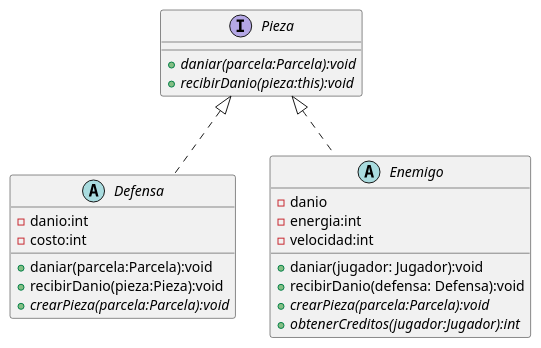
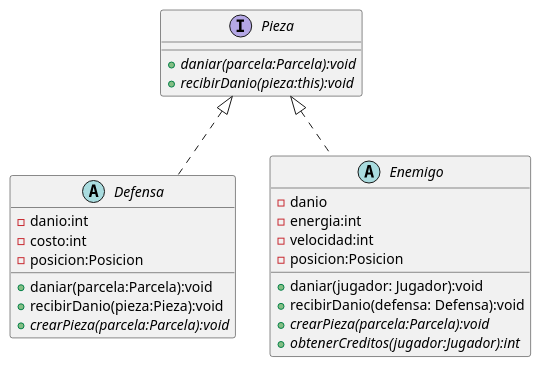
Before and after one commit to lucas96will/algo3_tp2_fiuba: the diagram in diagrams/classes/v2/pieza.plantuml, drawn with PlantUML. The commit also changed 24 other files, not shown here.

```diff
--- a/diagrams/classes/v2/pieza.plantuml
+++ b/diagrams/classes/v2/pieza.plantuml
@@ -1,27 +1,29 @@
 @startuml
 interface Pieza {
     {abstract}+daniar(parcela:Parcela):void
     {abstract}+recibirDanio(pieza:this):void
 }
 
 abstract Defensa {
     -danio:int
     -costo:int
+    -posicion:Posicion
     +daniar(parcela:Parcela):void
     +recibirDanio(pieza:Pieza):void
     {abstract}+crearPieza(parcela:Parcela):void
 }
 
 abstract Enemigo {
     -danio
     -energia:int
     -velocidad:int
+    -posicion:Posicion
     +daniar(jugador: Jugador):void
     +recibirDanio(defensa: Defensa):void
     {abstract}+crearPieza(parcela:Parcela):void
     {abstract}+obtenerCreditos(jugador:Jugador):int
 }
 
 Pieza <|.. Defensa
 Pieza <|.. Enemigo
 @enduml
```
